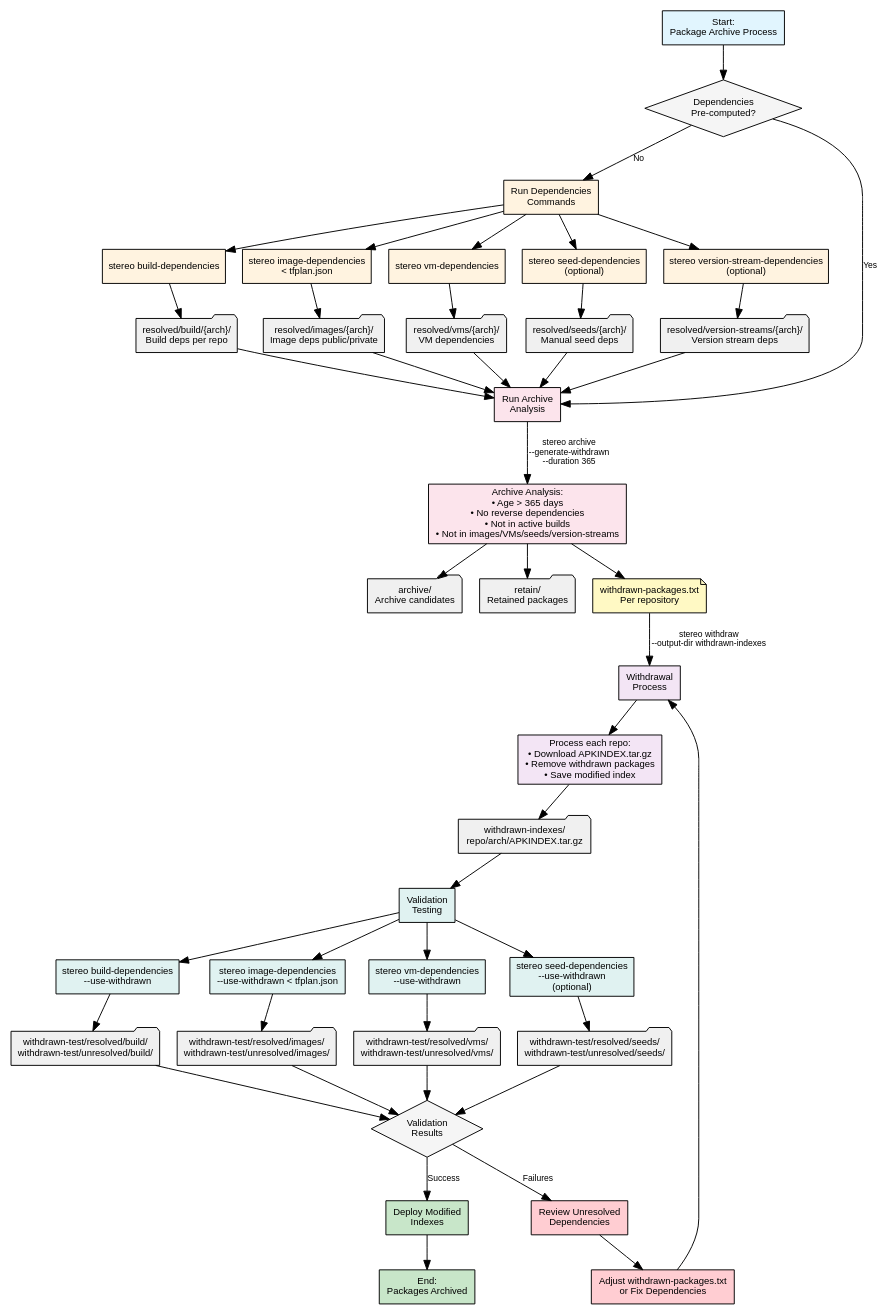
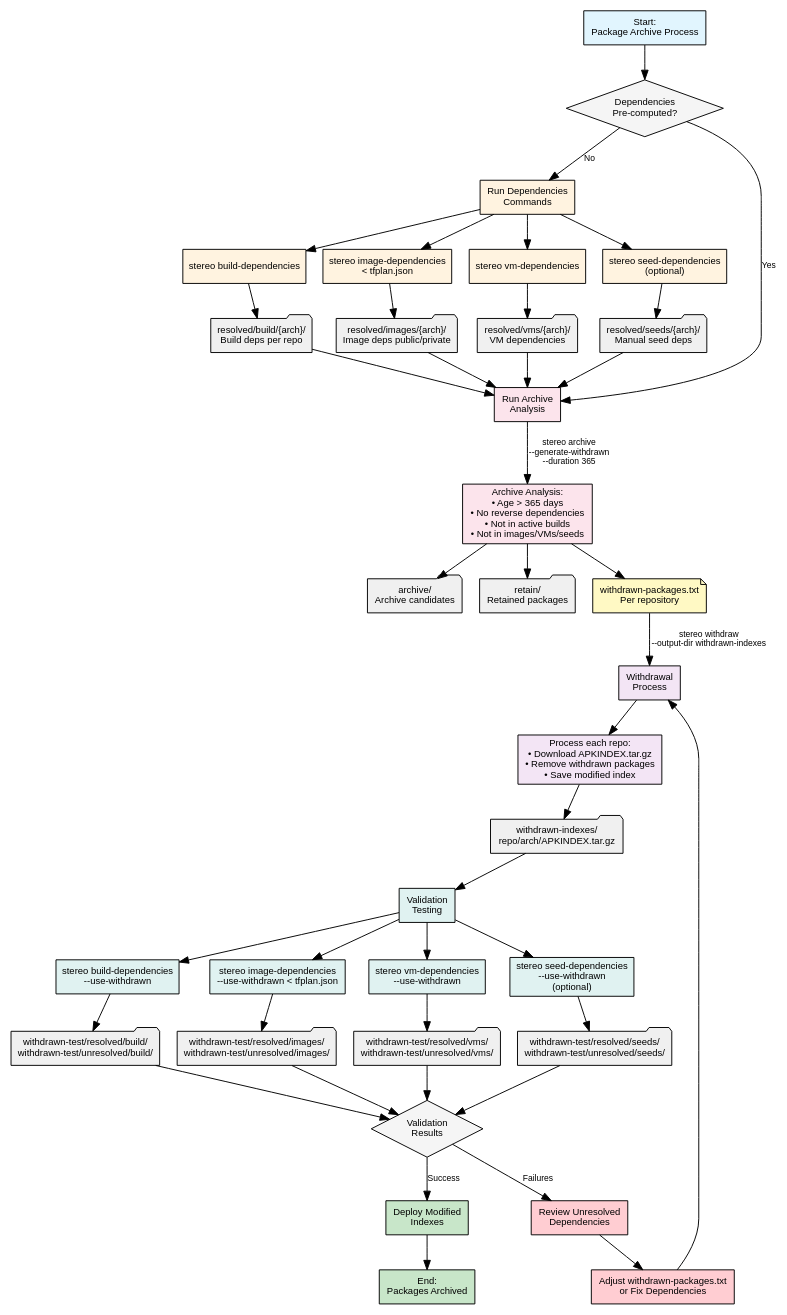
The diagram in docs/diagrams/01-complete-workflow.md (EyeCantCU/os), drawn with Graphviz before and after one commit. The commit also changed 5 other files, not shown here.

First line of the commit message:
dependencies-version-streams: drop

```diff
--- a/docs/diagrams/01-complete-workflow.md
+++ b/docs/diagrams/01-complete-workflow.md
@@ -28,17 +28,15 @@
     C2 [label="stereo image-dependencies\n< tfplan.json", fillcolor="#fff3e0"];
     C3 [label="stereo vm-dependencies", fillcolor="#fff3e0"];
     C4 [label="stereo seed-dependencies\n(optional)", fillcolor="#fff3e0"];
-    C5 [label="stereo version-stream-dependencies\n(optional)", fillcolor="#fff3e0"];
 
     // Dependencies outputs
     C1A [label="resolved/build/{arch}/\nBuild deps per repo", shape=folder, fillcolor="#f0f0f0"];
     C2A [label="resolved/images/{arch}/\nImage deps public/private", shape=folder, fillcolor="#f0f0f0"];
     C3A [label="resolved/vms/{arch}/\nVM dependencies", shape=folder, fillcolor="#f0f0f0"];
     C4A [label="resolved/seeds/{arch}/\nManual seed deps", shape=folder, fillcolor="#f0f0f0"];
-    C5A [label="resolved/version-streams/{arch}/\nVersion stream deps", shape=folder, fillcolor="#f0f0f0"];
 
     // Archive process
-    D1 [label="Archive Analysis:\n• Age > 365 days\n• No reverse dependencies\n• Not in active builds\n• Not in images/VMs/seeds/version-streams", fillcolor="#fce4ec"];
+    D1 [label="Archive Analysis:\n• Age > 365 days\n• No reverse dependencies\n• Not in active builds\n• Not in images/VMs/seeds", fillcolor="#fce4ec"];
     D2 [label="archive/\nArchive candidates", shape=folder, fillcolor="#f0f0f0"];
     D3 [label="retain/\nRetained packages", shape=folder, fillcolor="#f0f0f0"];
     D4 [label="withdrawn-packages.txt\nPer repository", shape=note, fillcolor="#fff9c4"];
@@ -69,19 +67,16 @@
     C -> C2;
     C -> C3;
     C -> C4;
-    C -> C5;
 
     C1 -> C1A;
     C2 -> C2A;
     C3 -> C3A;
     C4 -> C4A;
-    C5 -> C5A;
 
     C1A -> D;
     C2A -> D;
     C3A -> D;
     C4A -> D;
-    C5A -> D;
 
     // Archive phase
     D -> D1 [label="stereo archive\n--generate-withdrawn\n--duration 365"];
```
